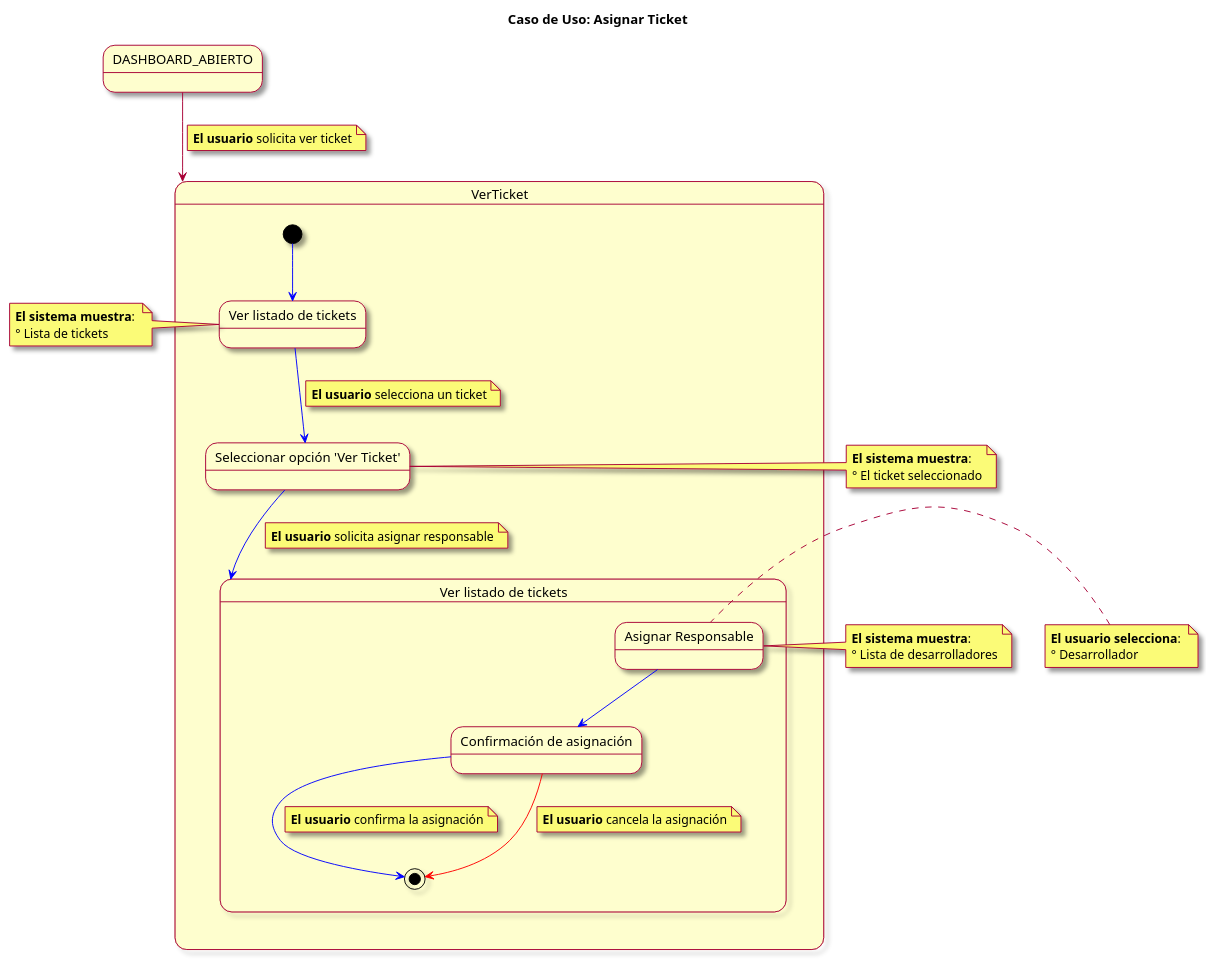
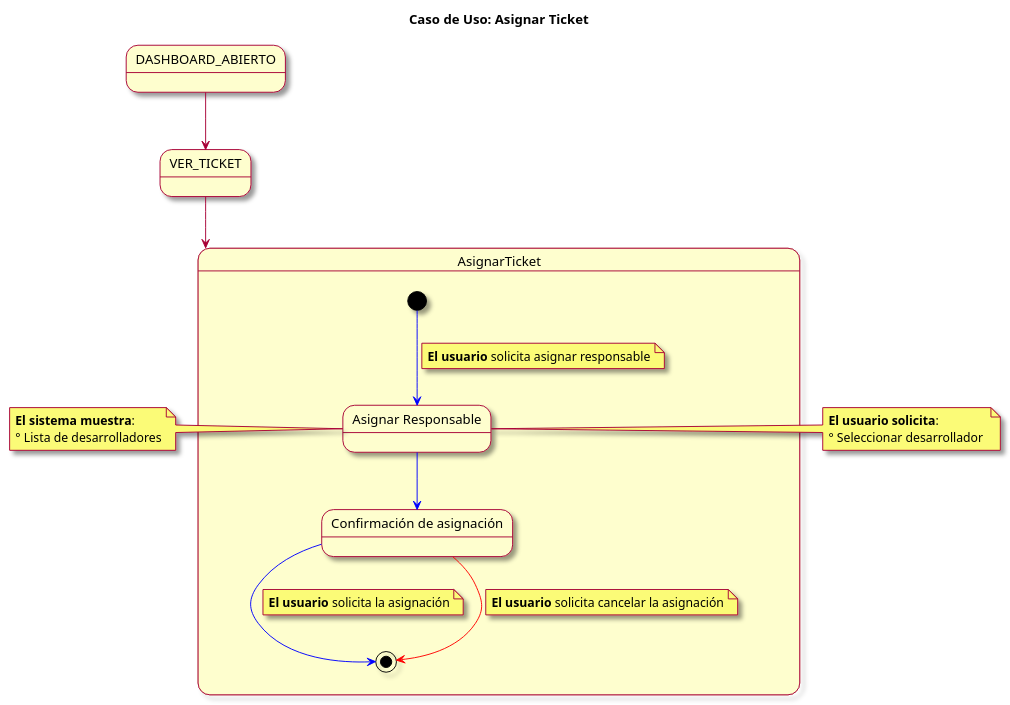
Before and after one commit to mmasias/23-24-IdSw1-SDR: the diagram in modelosUML/CasosDeUsos/CasosDetallados/AsignarTicket.puml, drawn with PlantUML. The commit also changed 1 other file, not shown here.

Commit message:
Casos de uso detallados de asiganar y ver ticket

```diff
--- a/modelosUML/CasosDeUsos/CasosDetallados/AsignarTicket.puml
+++ b/modelosUML/CasosDeUsos/CasosDetallados/AsignarTicket.puml
@@ -1,55 +1,36 @@
 @startuml
 skin rose
 title Caso de Uso: Asignar Ticket
 
 state DASHBOARD_ABIERTO
+state VER_TICKET
 
-DASHBOARD_ABIERTO --> VerTicket
-note on link: **El usuario** solicita ver ticket
+DASHBOARD_ABIERTO --> VER_TICKET
+VER_TICKET --> AsignarTicket
 
-state VerTicket {
+state AsignarTicket {
 
-  [*] -[#blue]-> verlistadoTickets
-  state "Ver listado de tickets" as verlistadoTickets
-  verlistadoTickets -[#blue]-> seleccionarOpcionVer
-  state "Ver listado de tickets" as AsignarTicket
-  note on link : **El usuario** selecciona un ticket
-  state "Seleccionar opción 'Ver Ticket'" as seleccionarOpcionVer
-  seleccionarOpcionVer -[#blue]-> AsignarTicket
+  [*] -[#blue]-> ingresarVerTicket
   note on link: **El usuario** solicita asignar responsable
-
-  state AsignarTicket {
-
-    state "Asignar Responsable" as ingresarVerTicket
-    ingresarVerTicket -[#blue]-> confirmarAsignacion
-    state "Confirmación de asignación" as confirmarAsignacion
-    confirmarAsignacion -[#blue]-> [*]
-    note on link: **El usuario** confirma la asignación
+  state "Asignar Responsable" as ingresarVerTicket
+  ingresarVerTicket -[#blue]-> confirmarAsignacion
+  state "Confirmación de asignación" as confirmarAsignacion
+  confirmarAsignacion -[#blue]-> [*]
+  note on link: **El usuario** solicita la asignación
     
-    confirmarAsignacion -[#red]-> [*]
-    note on link: **El usuario** cancela la asignación
+  confirmarAsignacion -[#red]-> [*]
+  note on link: **El usuario** solicita cancelar la asignación
     
-  }
 }
-
-note left of verlistadoTickets
-  **El sistema muestra**: 
-  ° Lista de tickets
-end note
-
-note left of seleccionarOpcionVer
-  **El sistema muestra**: 
-  ° El ticket seleccionado
-end note
 
 note left of ingresarVerTicket
   **El sistema muestra**: 
   ° Lista de desarrolladores
 end note
 
 note left of ingresarVerTicket
-  **El usuario selecciona**: 
-  ° Desarrollador 
+  **El usuario solicita**: 
+  ° Seleccionar desarrollador 
 end note
 
 @enduml
```
